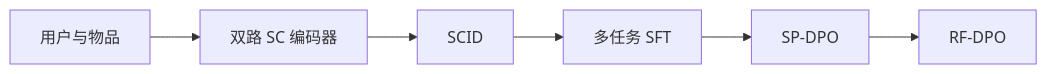
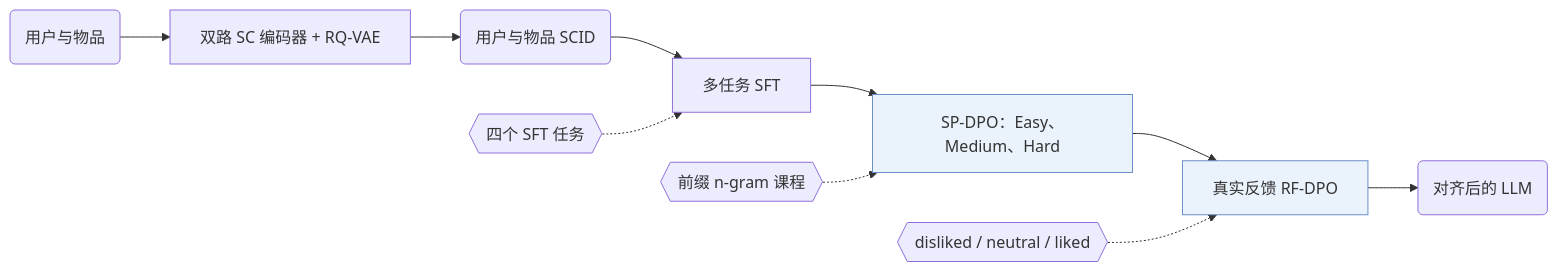
One commit to Galaxy-ghost/Awesome-SID-Generative-Rec changed the diagram in notes/zh/align3gr.md. Above: the diagram before and after it, drawn with Mermaid. The commit also changed 521 other files, not shown here.

Commit message:
writer-04 part 3: algorithm diagrams with shared shape conventions, README hero and paper cards, archive removed

````diff
--- a/notes/zh/align3gr.md
+++ b/notes/zh/align3gr.md
@@ -13,8 +13,13 @@
 ```mermaid
 flowchart LR
-    A[用户与物品] --> B[双路 SC 编码器]
-    B --> C[SCID]
-    C --> D[多任务 SFT]
-    D --> E[SP-DPO]
-    E --> F[RF-DPO]
+    A("用户与物品") --> B["双路 SC 编码器 + RQ-VAE"]
+    B --> C("用户与物品 SCID")
+    C --> D["多任务 SFT"]
+    D --> E["SP-DPO：Easy、Medium、Hard"]:::key
+    E --> F["真实反馈 RF-DPO"]:::key
+    F --> G("对齐后的 LLM")
+    L1{{"四个 SFT 任务"}} -.-> D
+    L2{{"前缀 n-gram 课程"}} -.-> E
+    L3{{"disliked / neutral / liked"}} -.-> F
+    classDef key fill:#eaf2fb,stroke:#6b8fc7
 ```
````
